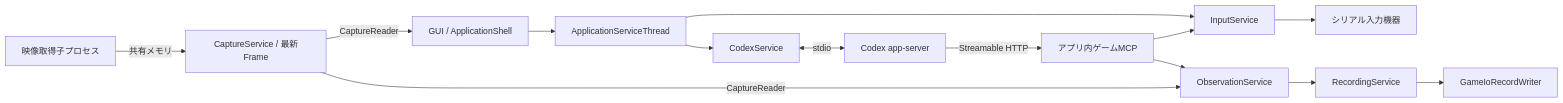
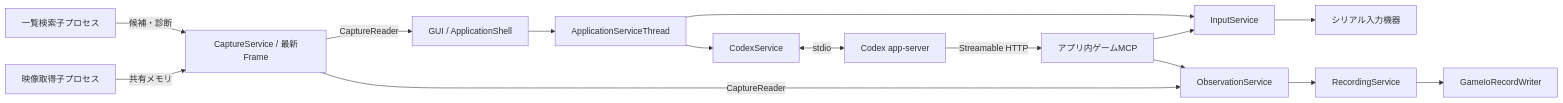
One commit to niart120/Project_Gigas changed the diagram in docs/architecture.md. Above: the diagram before and after it, drawn with Mermaid. The commit also changed other lines of this file and 12 other files, not shown here.

````diff
--- a/docs/architecture.md
+++ b/docs/architecture.md
@@ -7,16 +7,17 @@
 ```mermaid
 flowchart LR
     UI[GUI / ApplicationShell] --> APP[ApplicationServiceThread]
     APP --> CODEX[CodexService]
     APP --> INPUT[InputService]
     CODEX <--> |stdio| SERVER[Codex app-server]
     SERVER --> |Streamable HTTP| MCP[アプリ内ゲームMCP]
     MCP --> OBS[ObservationService]
     MCP --> INPUT
     INPUT --> SERIAL[シリアル入力機器]
     CAP[CaptureService / 最新Frame] --> |CaptureReader| UI
     CAP --> |CaptureReader| OBS
+    SEARCH[一覧検索子プロセス] --> |候補・診断| CAP
     WORKER[映像取得子プロセス] --> |共有メモリ| CAP
     OBS --> REC[RecordingService]
     REC --> STORE[GameIoRecordWriter]
 ```
````
